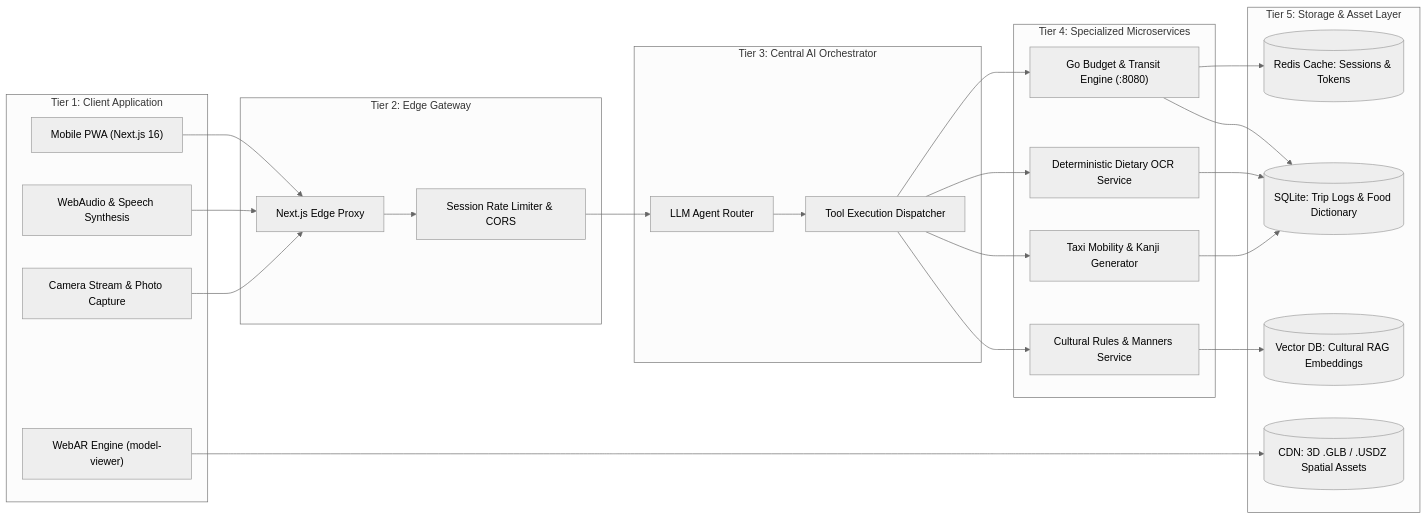
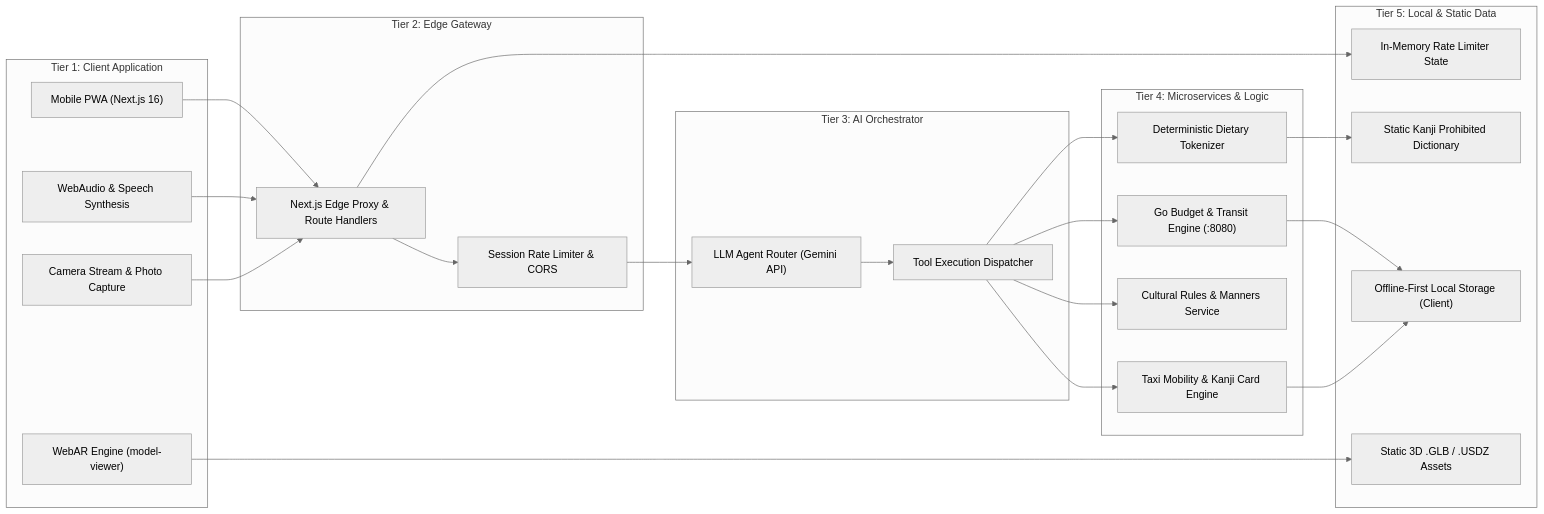
Before and after one commit to Kavisharora12/japan_hackathon: the first of 2 diagrams in README.md, drawn with Mermaid (neutral theme). The commit also changed other lines of this file, not shown here.

Commit message:
Refactor README.md: remove emojis, remove JSON schemas, and add prominent environment and Docker execution instructions

````diff
--- a/README.md
+++ b/README.md
@@ -58,57 +144,56 @@
 ```mermaid
 graph LR
     subgraph Tier1["Tier 1: Client Application"]
         A["Mobile PWA (Next.js 16)"]
         B["WebAR Engine (model-viewer)"]
         C["WebAudio & Speech Synthesis"]
         D["Camera Stream & Photo Capture"]
     end
 
     subgraph Tier2["Tier 2: Edge Gateway"]
-        E["Next.js Edge Proxy"]
+        E["Next.js Edge Proxy & Route Handlers"]
         F["Session Rate Limiter & CORS"]
     end
 
-    subgraph Tier3["Tier 3: Central AI Orchestrator"]
-        G["LLM Agent Router"]
+    subgraph Tier3["Tier 3: AI Orchestrator"]
+        G["LLM Agent Router (Gemini API)"]
         H["Tool Execution Dispatcher"]
     end
 
-    subgraph Tier4["Tier 4: Specialized Microservices"]
+    subgraph Tier4["Tier 4: Microservices & Logic"]
         I["Go Budget & Transit Engine (:8080)"]
-        J["Deterministic Dietary OCR Service"]
+        J["Deterministic Dietary Tokenizer"]
         K["Cultural Rules & Manners Service"]
-        L["Taxi Mobility & Kanji Generator"]
+        L["Taxi Mobility & Kanji Card Engine"]
     end
 
-    subgraph Tier5["Tier 5: Storage & Asset Layer"]
-        M[("Redis Cache: Sessions & Tokens")]
-        N[("SQLite: Trip Logs & Food Dictionary")]
-        O[("Vector DB: Cultural RAG Embeddings")]
-        P[("CDN: 3D .GLB / .USDZ Spatial Assets")]
+    subgraph Tier5["Tier 5: Local & Static Data"]
+        M["In-Memory Rate Limiter State"]
+        N["Static Kanji Prohibited Dictionary"]
+        O["Offline-First Local Storage (Client)"]
+        P["Static 3D .GLB / .USDZ Assets"]
     end
 
     %% Tier 1 to Tier 2
     A --> E
     B --> P
     C --> E
     D --> E
 
     %% Tier 2 to Tier 3
     E --> F
     F --> G
 
     %% Tier 3 to Tier 4
     G --> H
     H --> I
     H --> J
     H --> K
     H --> L
 
     %% Tier 4 to Tier 5
-    I --> M
-    I --> N
+    I --> O
     J --> N
-    K --> O
-    L --> N
+    E --> M
+    L --> O
 ```
````
